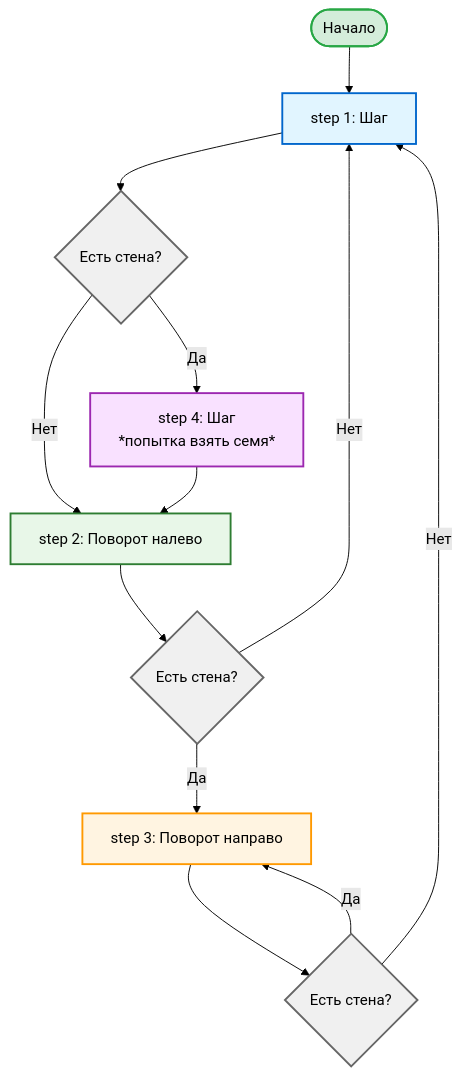
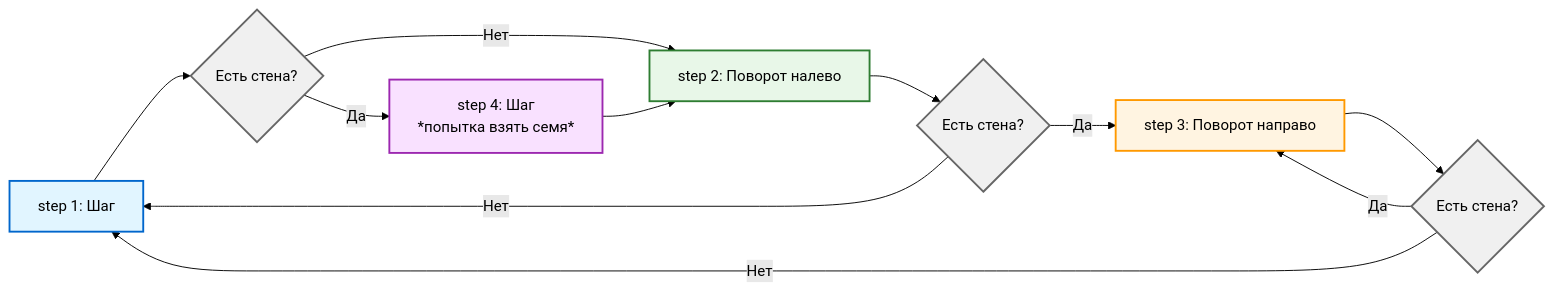
One commit to Jekahome/Computer-Science-Bookshelf changed the second of 2 diagrams in src/turingcomplete/turingcomplete_programming.md. Above: the diagram before and after it, drawn with Mermaid (forest theme). The commit also changed other lines of this file and 11 other files, not shown here.

````diff
--- a/src/turingcomplete/turingcomplete_programming.md
+++ b/src/turingcomplete/turingcomplete_programming.md
@@ -688,28 +685,25 @@
 ```mermaid
-flowchart TD
-    Start([Начало]) --> step1[step 1: Шаг]
-    
-    step1 --> Check1{Есть стена?}
+flowchart LR
+    step1[step 1: Шаг] --> Check1{Есть стена?}
     
     Check1 -->|Нет| step2[step 2: Поворот налево]
     Check1 -->|Да| step4[step 4: Шаг <br> *попытка взять семя*]
     
     step2 --> Check2{Есть стена?}
     Check2 -->|Нет| step1
     Check2 -->|Да| step3[step 3: Поворот направо]
     
     step3 --> Check3{Есть стена?}
     Check3 -->|Да| step3
     Check3 -->|Нет| step1
     
     step4 --> step2
     
     style step1 fill:#e1f5ff,stroke:#0066cc,stroke-width:2px
     style step2 fill:#e8f7e8,stroke:#2e7d32,stroke-width:2px
     style step3 fill:#fff4e1,stroke:#ff9900,stroke-width:2px
     style step4 fill:#f9e1ff,stroke:#9c27b0,stroke-width:2px
     style Check1 fill:#f0f0f0,stroke:#666,stroke-width:2px
     style Check2 fill:#f0f0f0,stroke:#666,stroke-width:2px
     style Check3 fill:#f0f0f0,stroke:#666,stroke-width:2px
-    style Start fill:#d4edda,stroke:#28a745,stroke-width:2px
 ```
````
